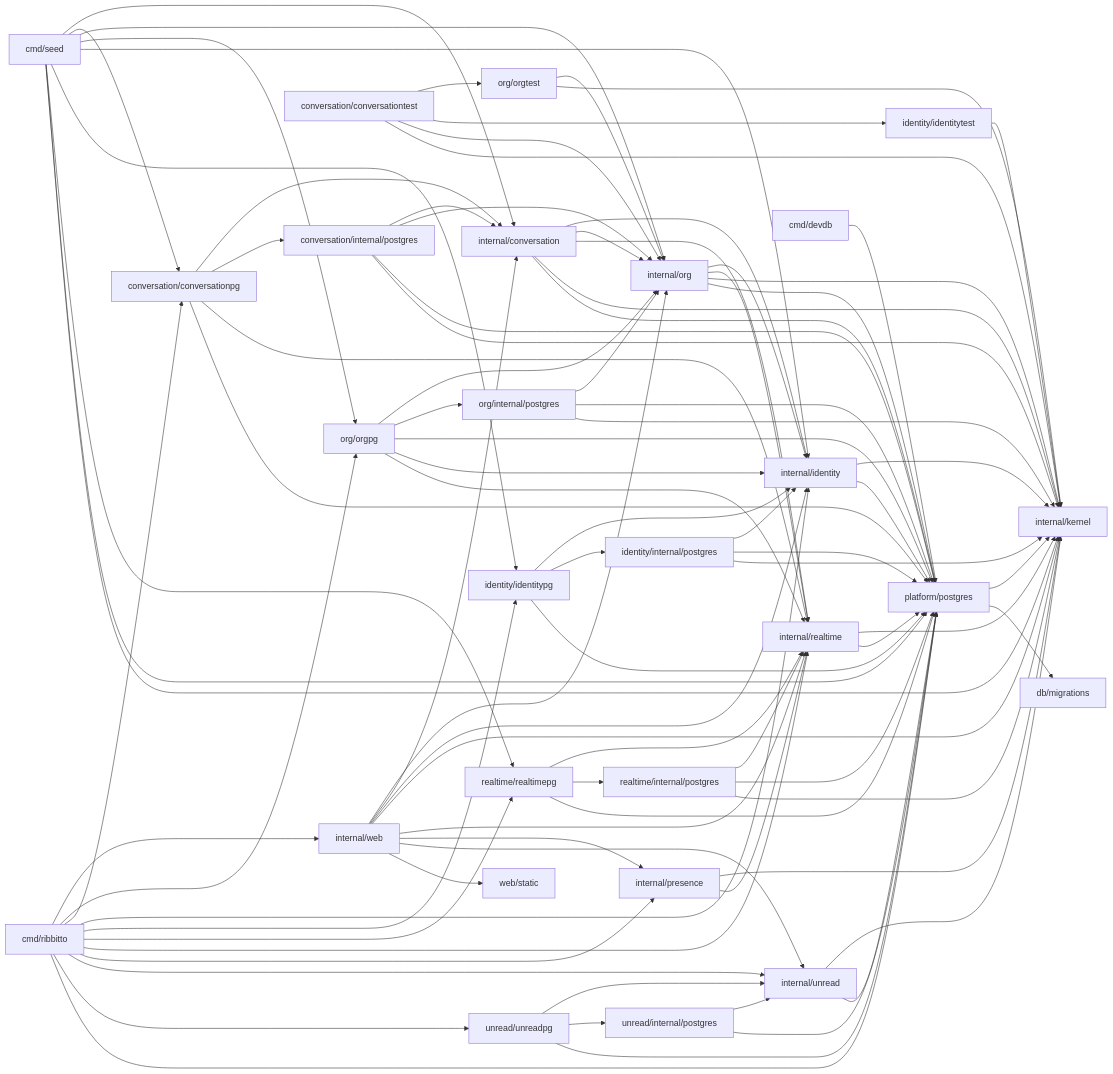
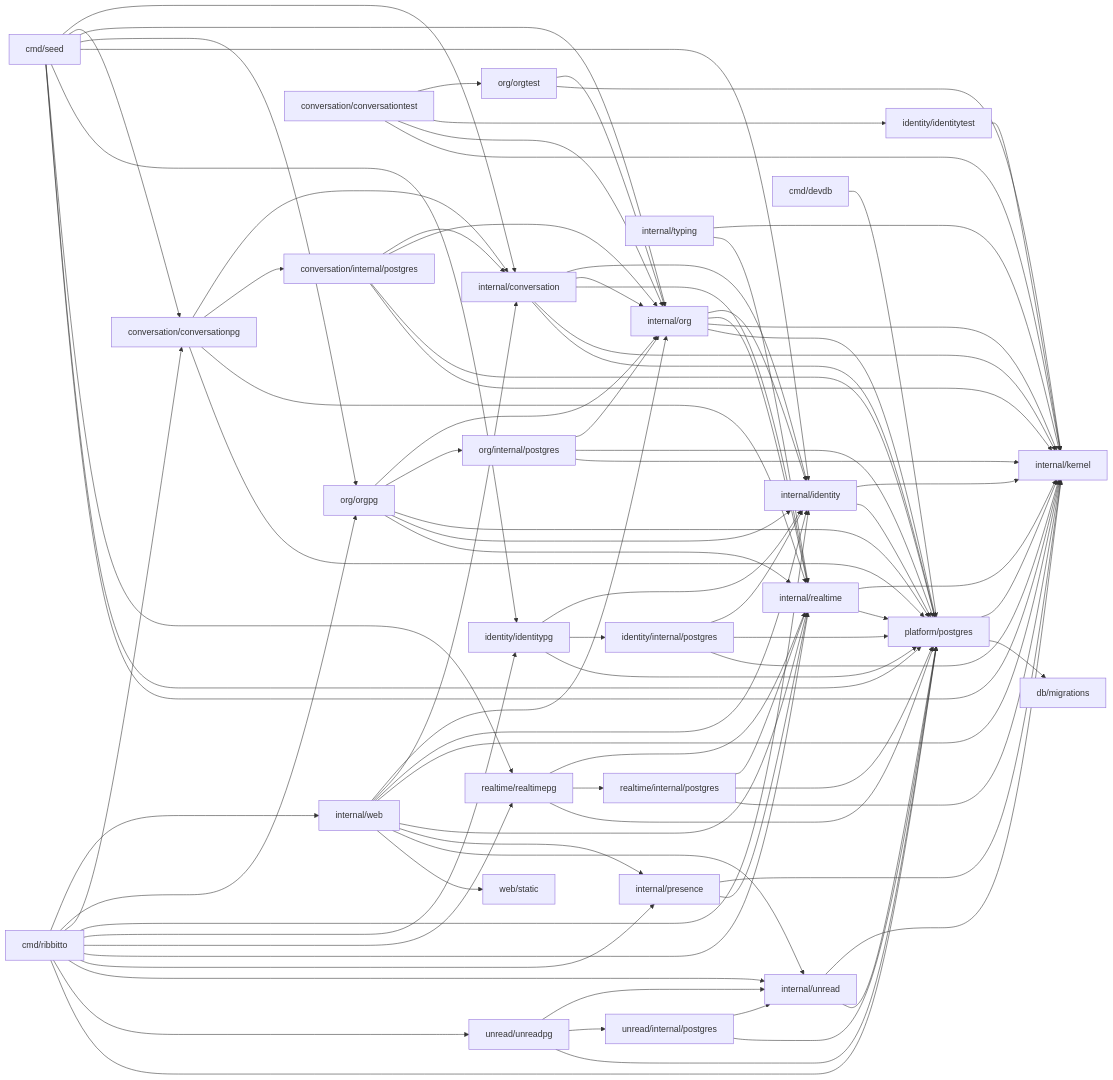
Before and after one commit to tkakkie/ribbitto: the diagram in docs/architecture/packages.md, drawn with Mermaid. The commit also changed other lines of this file and 15 other files, not shown here.

````diff
--- a/docs/architecture/packages.md
+++ b/docs/architecture/packages.md
@@ -44,27 +45,28 @@
 ```mermaid
 flowchart LR
   cmd[cmd/ribbitto] --> web & orgpg[org/orgpg] & conversationpg[conversation/conversationpg] & identity & identitypg[identity/identitypg] & realtimepg & realtime & presence & unread & unreadpg & platform[platform/postgres]
   seed[cmd/seed] --> conversation & conversationpg & org & orgpg & identity & identitypg & realtimepg & platform & kernel
   devdb[cmd/devdb] --> platform
   web[internal/web] --> org & conversation & identity & kernel & realtime & presence & unread & static[web/static]
   conversationpg --> conversation[internal/conversation] & cstore[conversation/internal/postgres] & realtime & platform
   conversation --> identity & org & realtime & kernel & platform
   cstore --> conversation & org & platform & kernel
   conversationtest[conversation/conversationtest] --> orgtest[org/orgtest] & identitytest[identity/identitytest] & org & kernel
   orgtest --> org & kernel
   identitytest --> kernel
   realtime[internal/realtime] --> kernel & platform
   realtimepg[realtime/realtimepg] --> realtime & rstore[realtime/internal/postgres] & platform
   rstore --> realtime & platform & kernel
   org[internal/org] --> identity & realtime & kernel & platform
   orgpg --> org & ostore[org/internal/postgres] & platform & identity & realtime
   ostore --> org & platform & kernel
   identity[internal/identity] --> kernel & platform
   identitypg --> identity & store[identity/internal/postgres] & platform
   store --> identity & platform & kernel
   presence[internal/presence] --> kernel & realtime
+  typing[internal/typing] --> kernel & realtime
   unread[internal/unread] --> kernel & platform
   unreadpg[unread/unreadpg] --> unread & ustore[unread/internal/postgres] & platform
   ustore --> unread & platform
   platform --> kernel[internal/kernel] & migrations[db/migrations]
 ```
````
